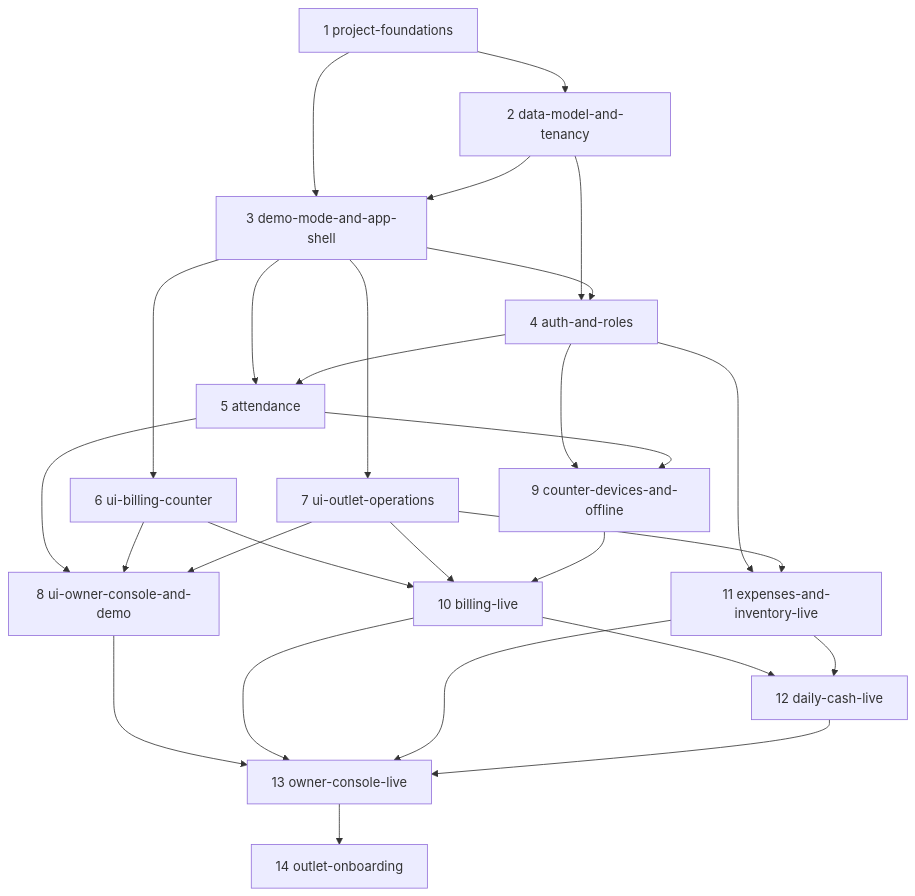
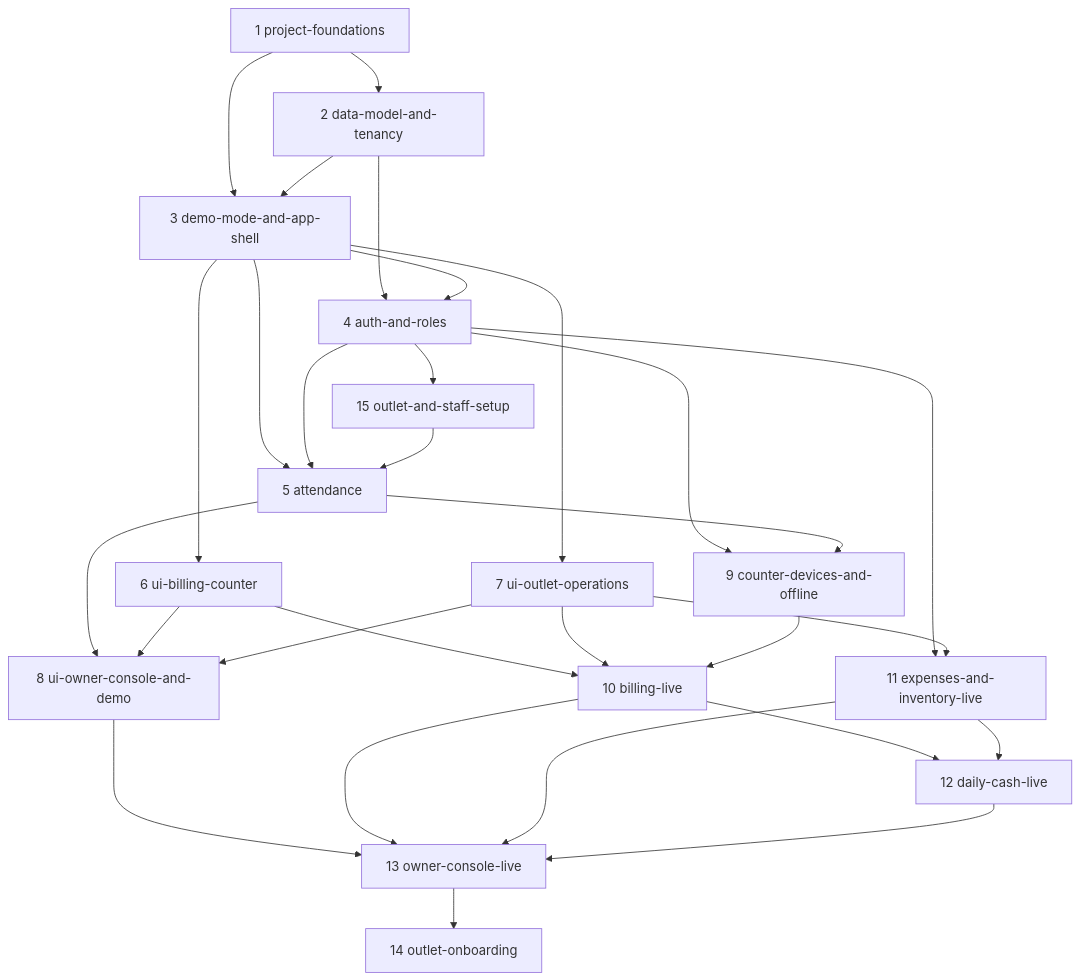
Before and after one commit to abdatta/shawarmania-ops: the diagram in openspec/changes/ROADMAP.md, drawn with Mermaid. The commit also changed other lines of this file and 3 other files, not shown here.

````diff
--- a/openspec/changes/ROADMAP.md
+++ b/openspec/changes/ROADMAP.md
@@ -78,29 +79,31 @@
 ```mermaid
 graph TD
     C1[1 project-foundations] --> C2[2 data-model-and-tenancy]
     C1 --> C3[3 demo-mode-and-app-shell]
     C2 --> C3
     C2 --> C4[4 auth-and-roles]
     C3 --> C4
     C3 --> C5[5 attendance]
     C4 --> C5
+    C4 --> C15[15 outlet-and-staff-setup]
+    C15 --> C5
     C3 --> C6[6 ui-billing-counter]
     C3 --> C7[7 ui-outlet-operations]
     C5 --> C8[8 ui-owner-console-and-demo]
     C6 --> C8
     C7 --> C8
     C4 --> C9[9 counter-devices-and-offline]
     C5 --> C9
     C6 --> C10[10 billing-live]
     C7 --> C10
     C9 --> C10
     C4 --> C11[11 expenses-and-inventory-live]
     C7 --> C11
     C10 --> C12[12 daily-cash-live]
     C11 --> C12
     C8 --> C13[13 owner-console-live]
     C10 --> C13
     C11 --> C13
     C12 --> C13
     C13 --> C14[14 outlet-onboarding]
 ```
````
